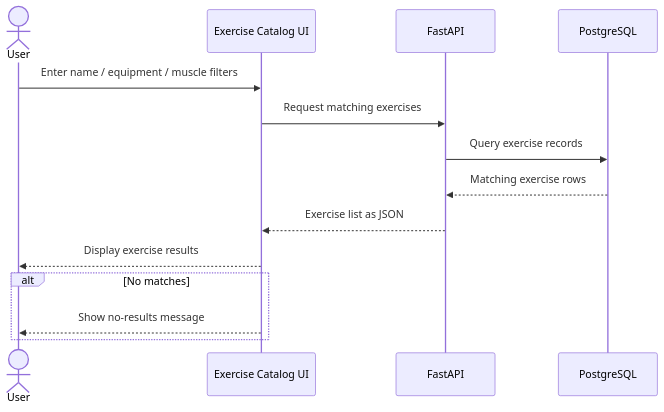
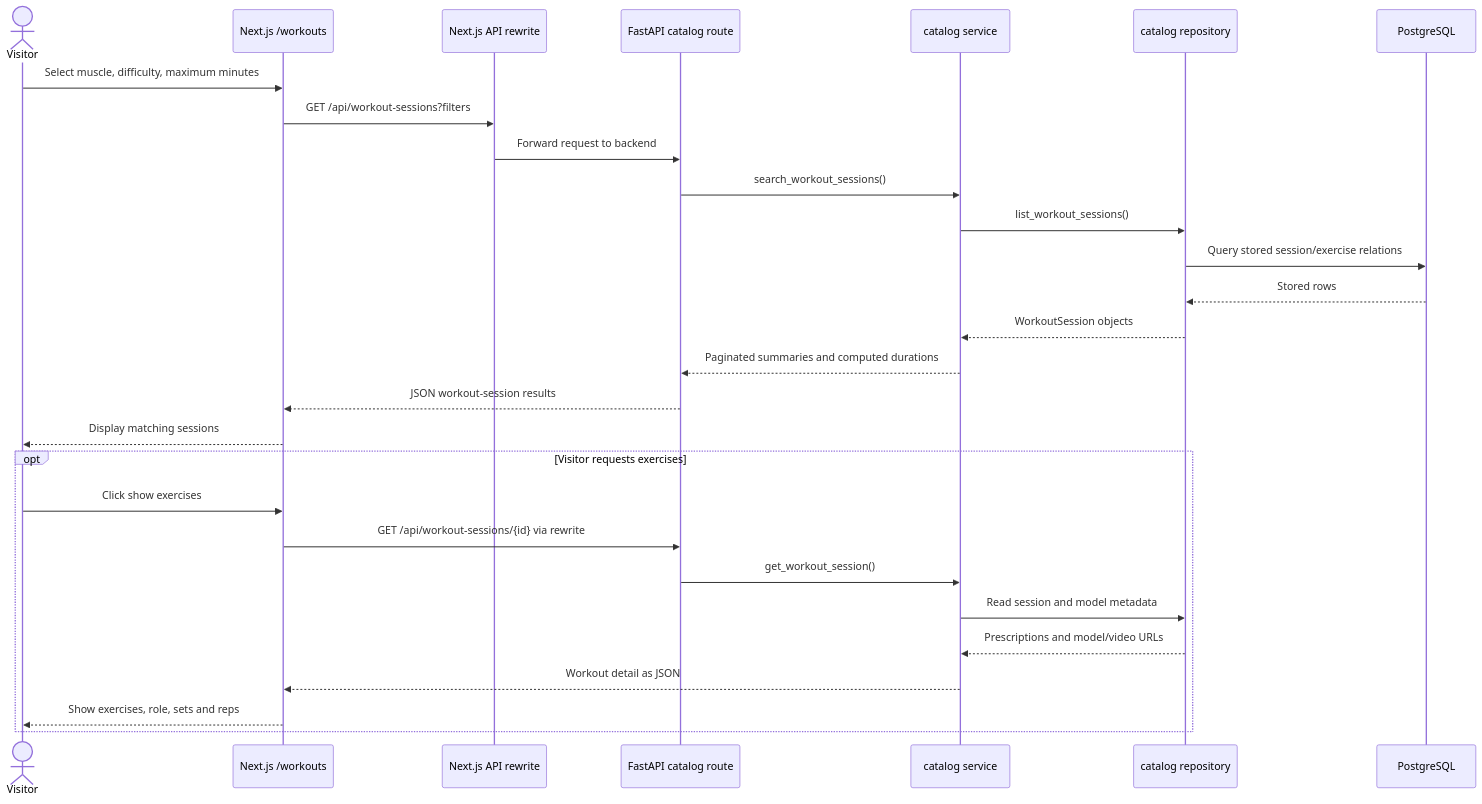
Before and after one commit to SFSU-CSC648-TeamOne/SFSU-csc648-06-Fall26-team01: the fourth of 7 diagrams in milestones/m2/high-lvl-uml.md, drawn with Mermaid. The commit also changed other lines of this file and 1 other file, not shown here.

Commit message:
Updated archtecture and high-lvl-uml to reflect recent changes to repo.

````diff
--- a/milestones/m2/high-lvl-uml.md
+++ b/milestones/m2/high-lvl-uml.md
@@ -124,18 +156,30 @@
 ```mermaid
 sequenceDiagram
-    actor User
-    participant UI as Exercise Catalog UI
-    participant API as FastAPI
+    actor Visitor
+    participant UI as Next.js /workouts
+    participant Proxy as Next.js API rewrite
+    participant Route as FastAPI catalog route
+    participant Service as catalog service
+    participant Repo as catalog repository
     participant DB as PostgreSQL
-
-    User->>UI: Enter name / equipment / muscle filters
-    UI->>API: Request matching exercises
-    API->>DB: Query exercise records
-    DB-->>API: Matching exercise rows
-    API-->>UI: Exercise list as JSON
-    UI-->>User: Display exercise results
-
-    alt No matches
-        UI-->>User: Show no-results message
+    Visitor->>UI: Select muscle, difficulty, maximum minutes
+    UI->>Proxy: GET /api/workout-sessions?filters
+    Proxy->>Route: Forward request to backend
+    Route->>Service: search_workout_sessions()
+    Service->>Repo: list_workout_sessions()
+    Repo->>DB: Query stored session/exercise relations
+    DB-->>Repo: Stored rows
+    Repo-->>Service: WorkoutSession objects
+    Service-->>Route: Paginated summaries and computed durations
+    Route-->>UI: JSON workout-session results
+    UI-->>Visitor: Display matching sessions
+    opt Visitor requests exercises
+        Visitor->>UI: Click show exercises
+        UI->>Route: GET /api/workout-sessions/{id} via rewrite
+        Route->>Service: get_workout_session()
+        Service->>Repo: Read session and model metadata
+        Repo-->>Service: Prescriptions and model/video URLs
+        Service-->>UI: Workout detail as JSON
+        UI-->>Visitor: Show exercises, role, sets and reps
     end
 ```
````
